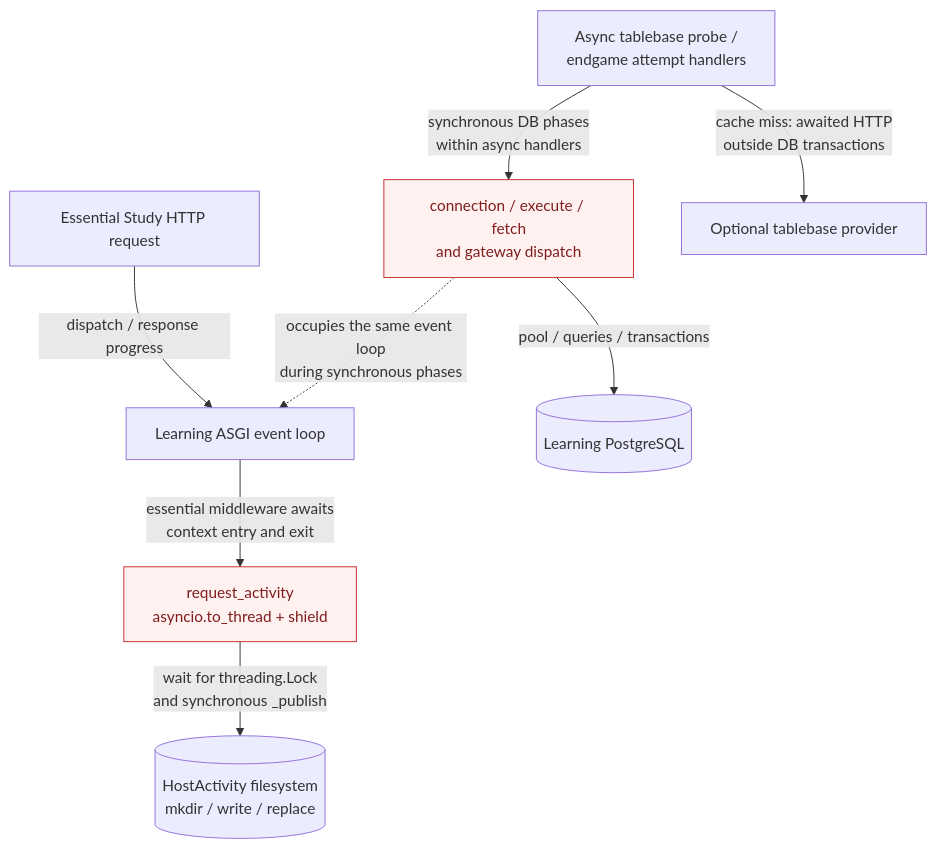
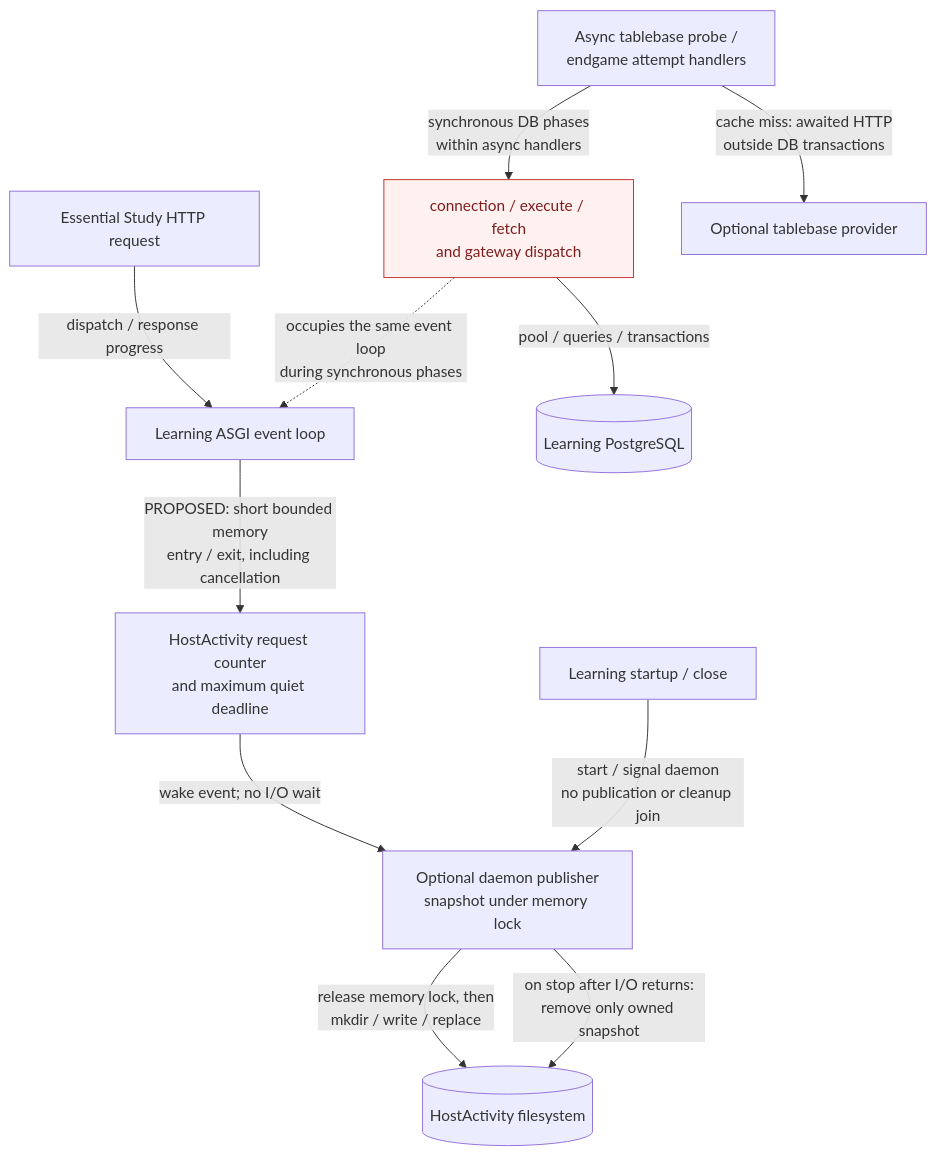
The third of 4 diagrams in docs/architecture/diagrams/study-games.md (aaweaver-actuary/tempo), drawn with Mermaid before and after one commit. The commit also changed other lines of this file and 2 other files, not shown here.

Commit message:
docs(learning): draw daemon-owned host publication and shutdown

````diff
--- a/docs/architecture/diagrams/study-games.md
+++ b/docs/architecture/diagrams/study-games.md
@@ -119,12 +121,15 @@
 ```mermaid
 flowchart TB
   Study["Essential Study HTTP request"] -->|"dispatch / response progress"| Loop["Learning ASGI event loop"]
-  Loop -->|"essential middleware awaits<br/>context entry and exit"| Activity["request_activity<br/>asyncio.to_thread + shield"]
-  Activity -->|"wait for threading.Lock<br/>and synchronous _publish"| Files[("HostActivity filesystem<br/>mkdir / write / replace")]
+  Loop -->|"PROPOSED: short bounded memory<br/>entry / exit, including cancellation"| Activity["HostActivity request counter<br/>and maximum quiet deadline"]
+  Activity -->|"wake event; no I/O wait"| Publisher["Optional daemon publisher<br/>snapshot under memory lock"]
+  Publisher -->|"release memory lock, then<br/>mkdir / write / replace"| Files[("HostActivity filesystem")]
+  Lifecycle["Learning startup / close"] -->|"start / signal daemon<br/>no publication or cleanup join"| Publisher
+  Publisher -->|"on stop after I/O returns:<br/>remove only owned snapshot"| Files
   Endgame["Async tablebase probe /<br/>endgame attempt handlers"] -->|"synchronous DB phases<br/>within async handlers"| Sync["connection / execute / fetch<br/>and gateway dispatch"]
   Sync -->|"pool / queries / transactions"| DB[("Learning PostgreSQL")]
   Sync -.->|"occupies the same event loop<br/>during synchronous phases"| Loop
   Endgame -->|"cache miss: awaited HTTP<br/>outside DB transactions"| Provider["Optional tablebase provider"]
   classDef gap fill:#fff1f0,stroke:#c53030,color:#7f1d1d
-  class Activity,Sync gap
+  class Sync gap
 ```
````
